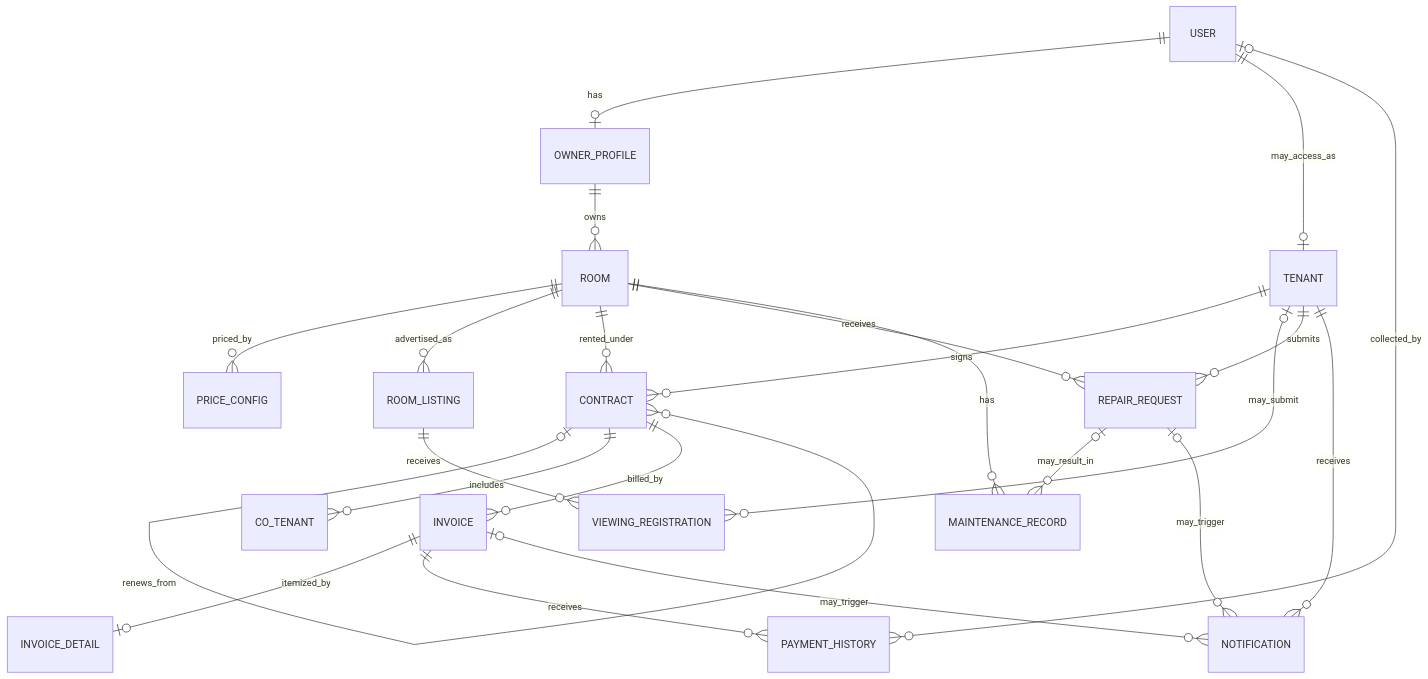
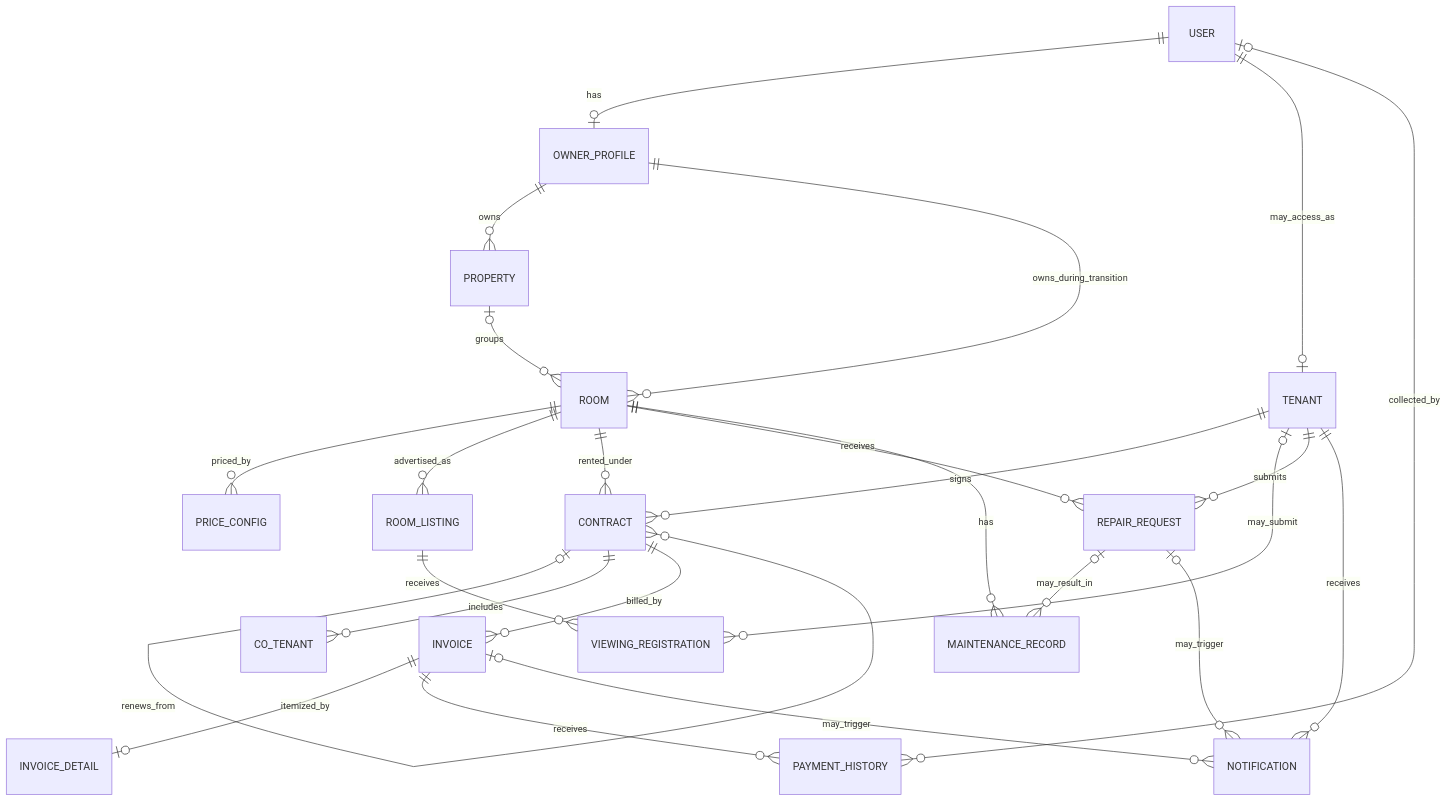
One commit to HoangNam2464/rentease-smart-hostel-management changed the diagram in docs/architecture/DATA_MODEL_ALIGNMENT.md. Above: the diagram before and after it, drawn with Mermaid. The commit also changed other lines of this file and 9 other files, not shown here.

Commit message:
Add transitional Property schema foundation

````diff
--- a/docs/architecture/DATA_MODEL_ALIGNMENT.md
+++ b/docs/architecture/DATA_MODEL_ALIGNMENT.md
@@ -48,25 +50,27 @@
 ```mermaid
 erDiagram
     USER ||--o| OWNER_PROFILE : has
     USER ||--o| TENANT : may_access_as
-    OWNER_PROFILE ||--o{ ROOM : owns
+    OWNER_PROFILE ||--o{ PROPERTY : owns
+    OWNER_PROFILE ||--o{ ROOM : owns_during_transition
+    PROPERTY o|--o{ ROOM : groups
     ROOM ||--o{ PRICE_CONFIG : priced_by
     ROOM ||--o{ ROOM_LISTING : advertised_as
     ROOM ||--o{ CONTRACT : rented_under
     TENANT ||--o{ CONTRACT : signs
     CONTRACT o|--o{ CONTRACT : renews_from
     CONTRACT ||--o{ CO_TENANT : includes
     CONTRACT ||--o{ INVOICE : billed_by
     INVOICE ||--o| INVOICE_DETAIL : itemized_by
     INVOICE ||--o{ PAYMENT_HISTORY : receives
     USER o|--o{ PAYMENT_HISTORY : collected_by
     ROOM_LISTING ||--o{ VIEWING_REGISTRATION : receives
     TENANT o|--o{ VIEWING_REGISTRATION : may_submit
     ROOM ||--o{ REPAIR_REQUEST : receives
     TENANT ||--o{ REPAIR_REQUEST : submits
     ROOM ||--o{ MAINTENANCE_RECORD : has
     REPAIR_REQUEST o|--o{ MAINTENANCE_RECORD : may_result_in
     TENANT ||--o{ NOTIFICATION : receives
     INVOICE o|--o{ NOTIFICATION : may_trigger
     REPAIR_REQUEST o|--o{ NOTIFICATION : may_trigger
 ```
````
